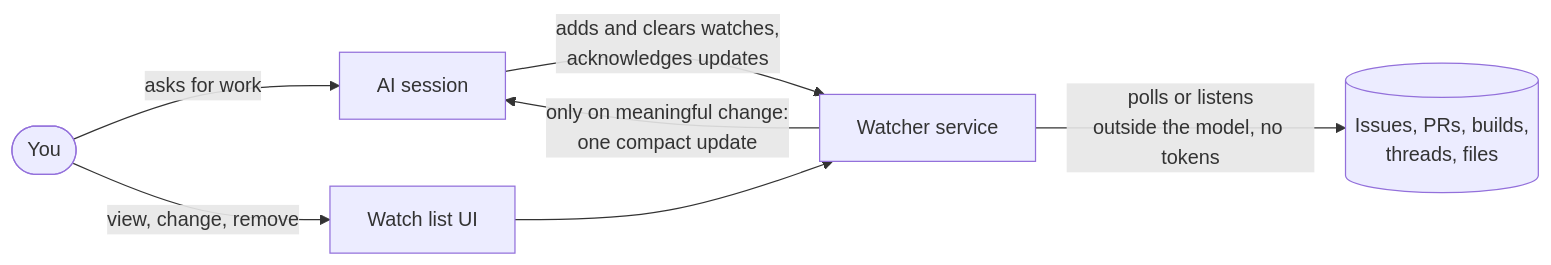
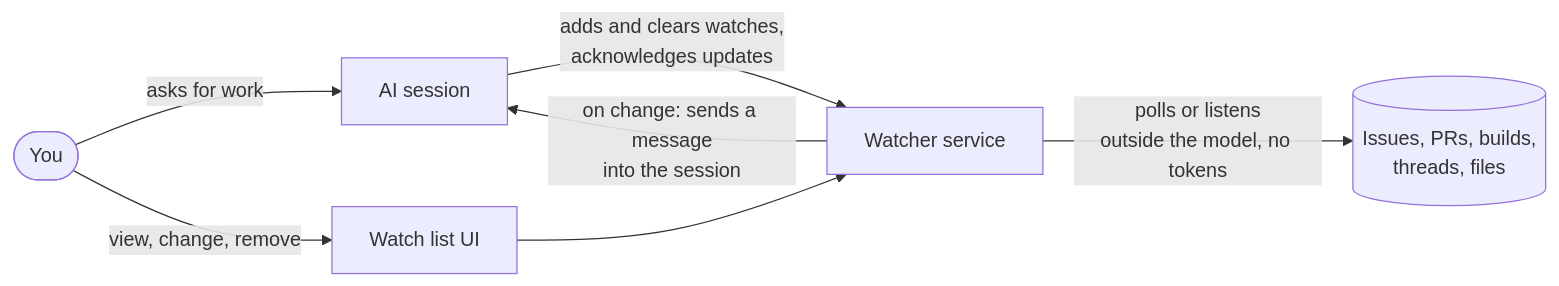
One commit to cschneider/session-source-watcher changed the diagram in README.md. Above: the diagram before and after it, drawn with Mermaid. The commit also changed other lines of this file and 2 other files, not shown here.

Commit message:
docs: describe change delivery as a watcher message into the session

````diff
--- a/README.md
+++ b/README.md
@@ -91,9 +95,9 @@
 ```mermaid
 flowchart LR
     U([You]) -->|asks for work| S[AI session]
     U -->|view, change, remove| UI[Watch list UI]
     S -->|adds and clears watches,<br/>acknowledges updates| W[Watcher service]
     UI --> W
     W -->|"polls or listens<br/>outside the model, no tokens"| R[(Issues, PRs, builds,<br/>threads, files)]
-    W -->|only on meaningful change:<br/>one compact update| S
+    W -->|"on change: sends a message<br/>into the session"| S
 ```
````
